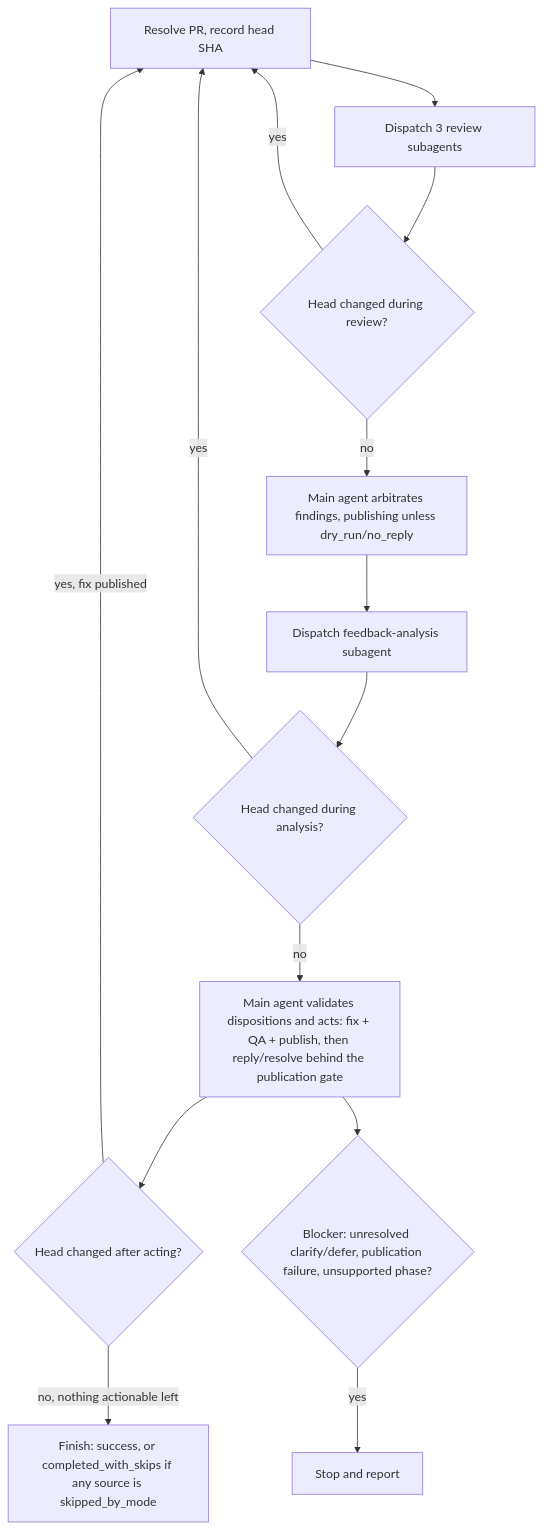
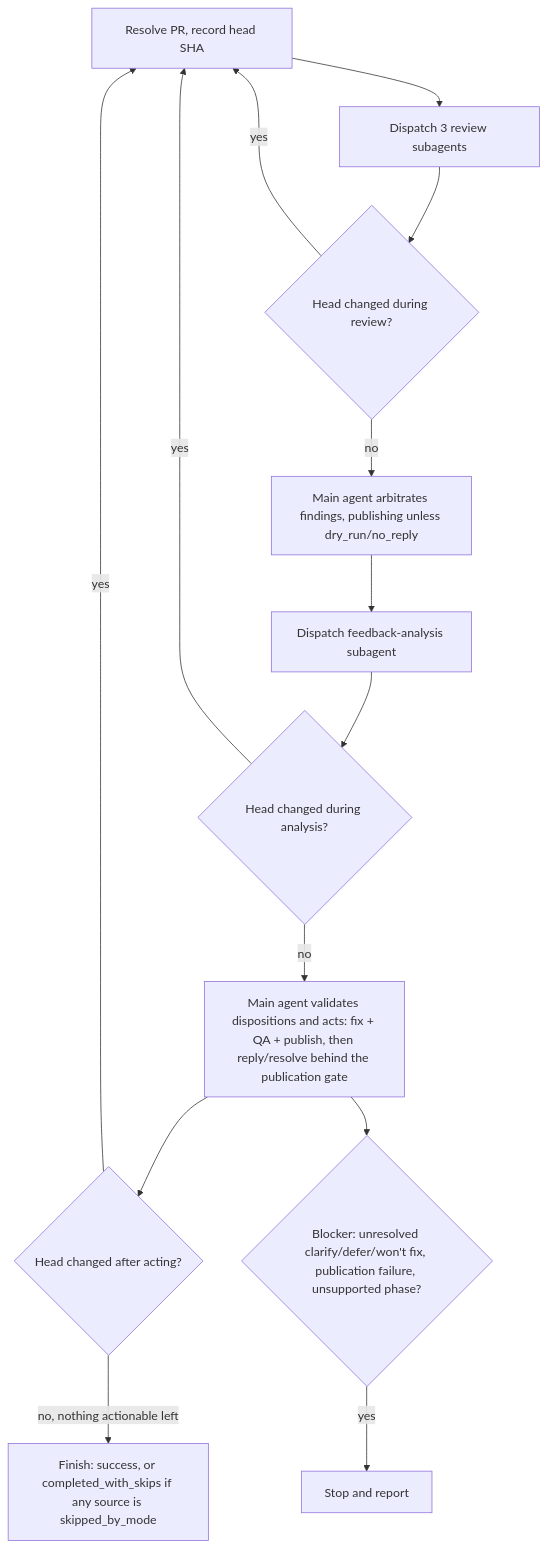
One commit to dceoy/ai-coding-agent-skills changed the diagram in skills/pr-loop/SKILL.md. Above: the diagram before and after it, drawn with Mermaid. The commit also changed other lines of this file, not shown here.

First line of the commit message:
Fix source-typing, won't-fix terminality, head-change cause, and review-state literal in pr-loop

````diff
--- a/skills/pr-loop/SKILL.md
+++ b/skills/pr-loop/SKILL.md
@@ -233,16 +247,16 @@
 ```mermaid
 flowchart TD
   A[Resolve PR, record head SHA] --> B[Dispatch 3 review subagents]
   B --> C{Head changed during review?}
   C -->|yes| A
   C -->|no| D[Main agent arbitrates findings, publishing unless dry_run/no_reply]
   D --> E[Dispatch feedback-analysis subagent]
   E --> F{Head changed during analysis?}
   F -->|yes| A
   F -->|no| G[Main agent validates dispositions and acts: fix + QA + publish, then reply/resolve behind the publication gate]
   G --> H{Head changed after acting?}
-  H -->|yes, fix published| A
+  H -->|yes| A
   H -->|no, nothing actionable left| I[Finish: success, or completed_with_skips if any source is skipped_by_mode]
-  G --> J{Blocker: unresolved clarify/defer, publication failure, unsupported phase?}
+  G --> J{Blocker: unresolved clarify/defer/won't fix, publication failure, unsupported phase?}
   J -->|yes| K[Stop and report]
 ```
````
